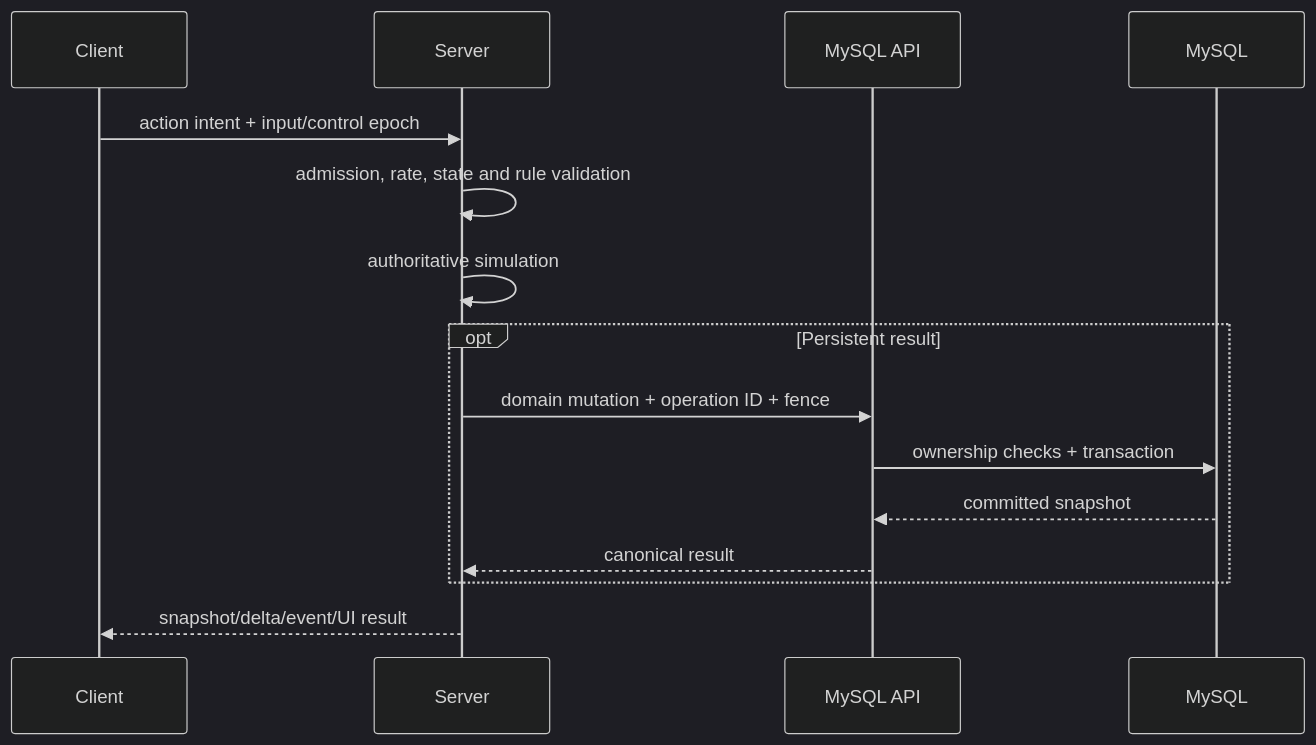
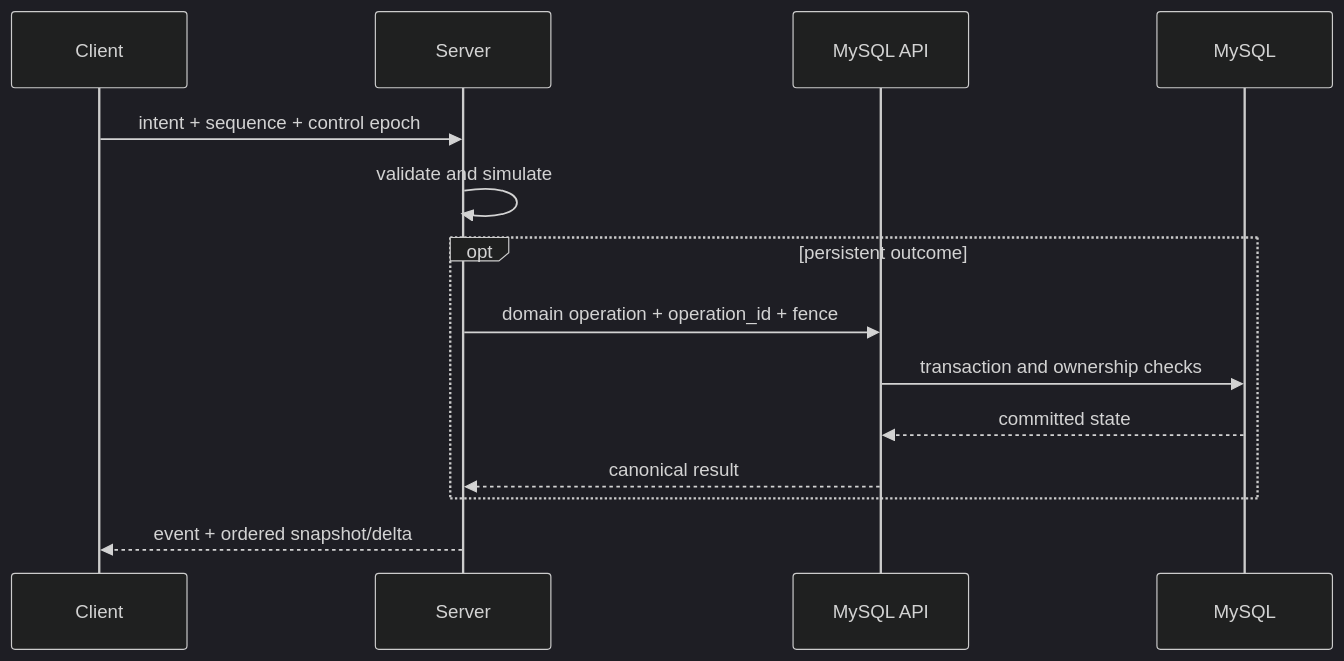
Before and after one commit to DatamoonWorld/datamoon-online-agent: the second of 2 diagrams in ai/SERVER_ARCHITECTURE.md, drawn with Mermaid (dark theme). The commit also changed other lines of this file and 28 other files, not shown here.

````diff
--- a/ai/SERVER_ARCHITECTURE.md
+++ b/ai/SERVER_ARCHITECTURE.md
@@ -321,17 +61,16 @@
 ```mermaid
 sequenceDiagram
     participant C as Client
     participant S as Server
     participant P as MySQL API
     participant D as MySQL
-    C->>S: action intent + input/control epoch
-    S->>S: admission, rate, state and rule validation
-    S->>S: authoritative simulation
-    opt Persistent result
-        S->>P: domain mutation + operation ID + fence
-        P->>D: ownership checks + transaction
-        D-->>P: committed snapshot
+    C->>S: intent + sequence + control epoch
+    S->>S: validate and simulate
+    opt persistent outcome
+        S->>P: domain operation + operation_id + fence
+        P->>D: transaction and ownership checks
+        D-->>P: committed state
         P-->>S: canonical result
     end
-    S-->>C: snapshot/delta/event/UI result
+    S-->>C: event + ordered snapshot/delta
 ```
````
